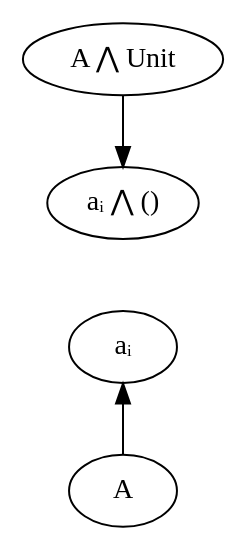
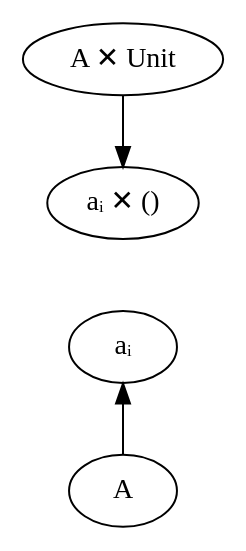
One commit to nrinaudo/far-more-adt changed the diagram in src/graphviz/a_and_unit_a.dot. Above: the diagram before and after it, drawn with Graphviz. The commit also changed 59 other files, not shown here.

```diff
--- a/src/graphviz/a_and_unit_a.dot
+++ b/src/graphviz/a_and_unit_a.dot
@@ -1,13 +1,13 @@
 digraph {
-    AandUnit[label="A ⋀ Unit"]
-    AndAUnit[label="aᵢ ⋀ ()" class="value"]
+    AandUnit[label="A ✕ Unit"]
+    AndAUnit[label="aᵢ ✕ ()" class="value"]
 
     AandUnit -> AndAUnit
 
     a[label="aᵢ" class="value"]
 
     a -> A[dir=back]
 
     AndAUnit -> a[style=invis]
     a -> AndAUnit[style=invis]
 }
```
